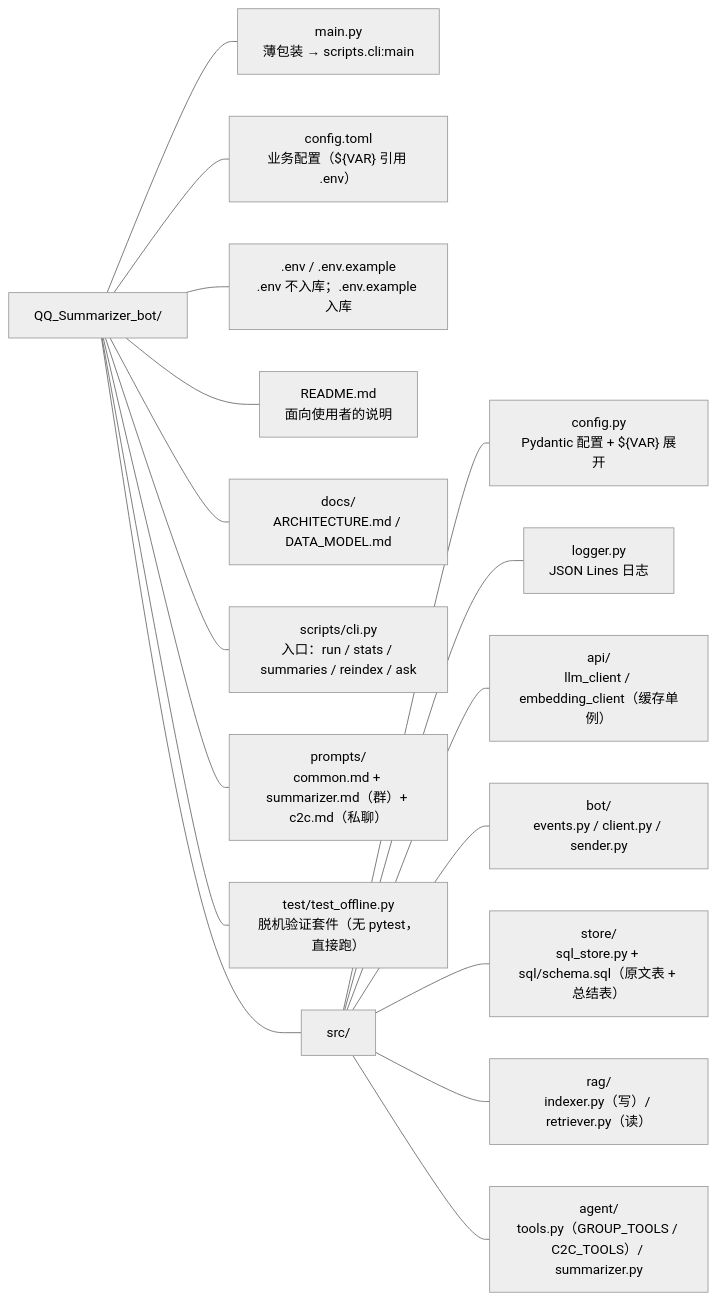
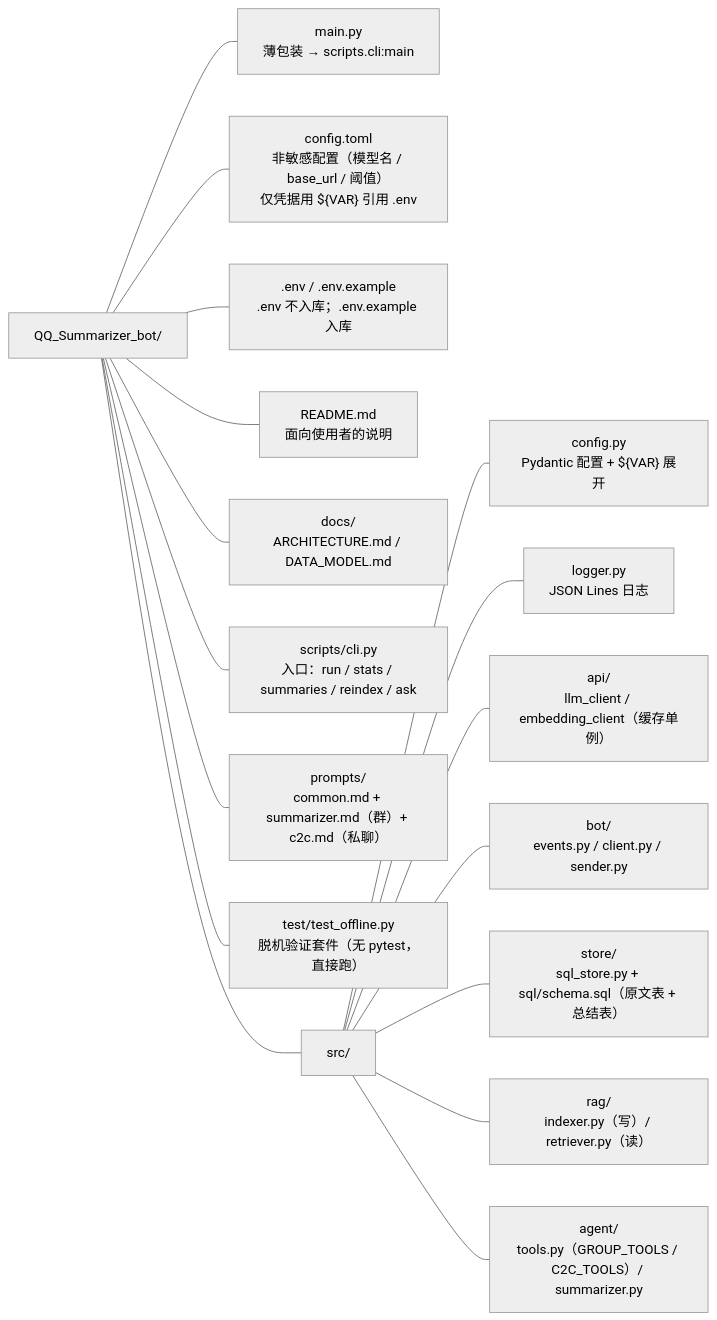
Before and after one commit to ttzc/QQ_Summarizer_bot: the first of 2 diagrams in CLAUDE.md, drawn with Mermaid (neutral theme). The commit also changed other lines of this file and 12 other files, not shown here.

First line of the commit message:
配置分层：.env 只放凭据，模型名与 base_url 移入 config.toml；正文按文本形态落库

````diff
--- a/CLAUDE.md
+++ b/CLAUDE.md
@@ -15,21 +15,21 @@
 ```mermaid
 flowchart LR
     ROOT["QQ_Summarizer_bot/"]
     ROOT --- MAIN["main.py<br/>薄包装 → scripts.cli:main"]
-    ROOT --- CFG["config.toml<br/>业务配置（${VAR} 引用 .env）"]
+    ROOT --- CFG["config.toml<br/>非敏感配置（模型名 / base_url / 阈值）<br/>仅凭据用 ${VAR} 引用 .env"]
     ROOT --- ENVF[".env / .env.example<br/>.env 不入库；.env.example 入库"]
     ROOT --- RD["README.md<br/>面向使用者的说明"]
     ROOT --- DOCS["docs/<br/>ARCHITECTURE.md / DATA_MODEL.md"]
     ROOT --- CLI["scripts/cli.py<br/>入口：run / stats / summaries / reindex / ask"]
     ROOT --- PROMPT["prompts/<br/>common.md + summarizer.md（群）+ c2c.md（私聊）"]
     ROOT --- TEST["test/test_offline.py<br/>脱机验证套件（无 pytest，直接跑）"]
     ROOT --- SRC["src/"]
 
     SRC --- SC["config.py<br/>Pydantic 配置 + ${VAR} 展开"]
     SRC --- SL["logger.py<br/>JSON Lines 日志"]
     SRC --- SA["api/<br/>llm_client / embedding_client（缓存单例）"]
     SRC --- SB["bot/<br/>events.py / client.py / sender.py"]
     SRC --- SS["store/<br/>sql_store.py + sql/schema.sql（原文表 + 总结表）"]
     SRC --- SR["rag/<br/>indexer.py（写）/ retriever.py（读）"]
     SRC --- SG["agent/<br/>tools.py（GROUP_TOOLS / C2C_TOOLS）/ summarizer.py"]
 ```
````
